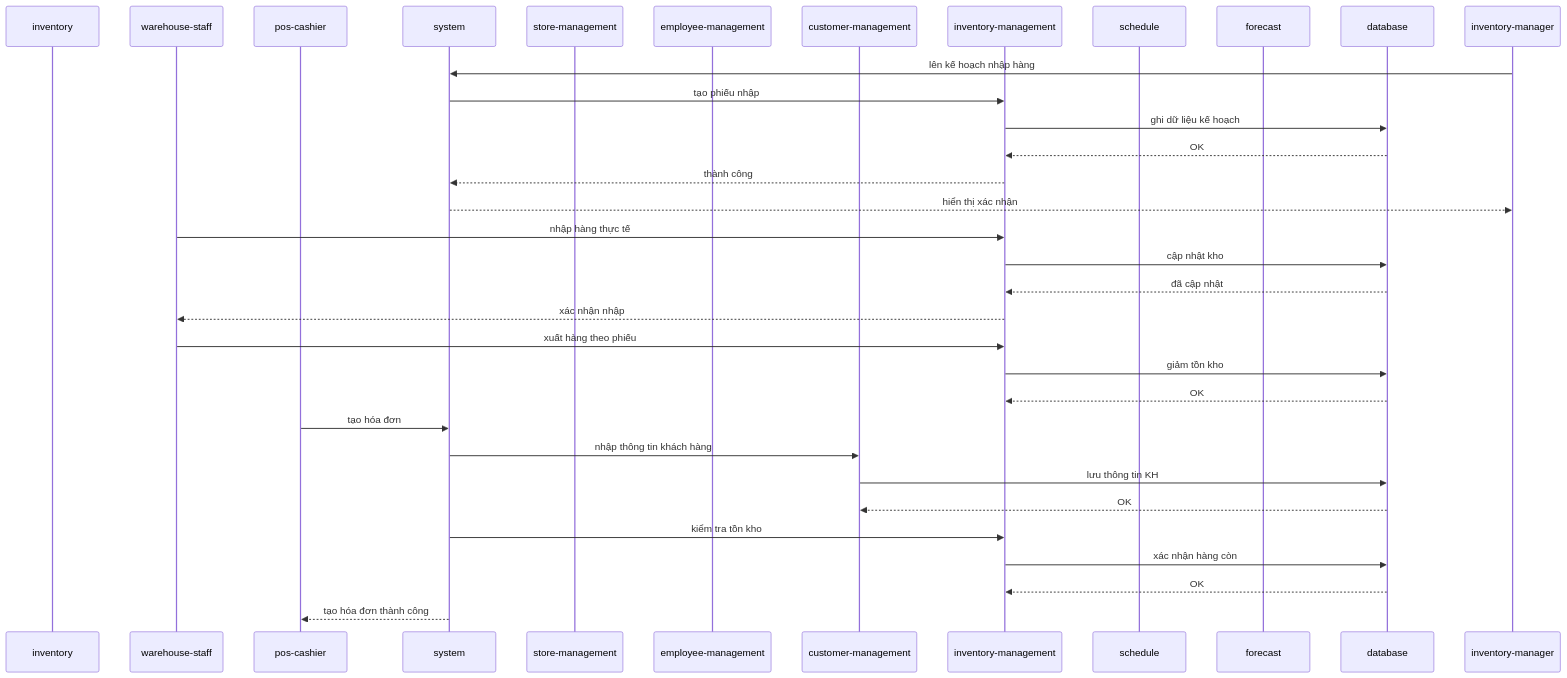
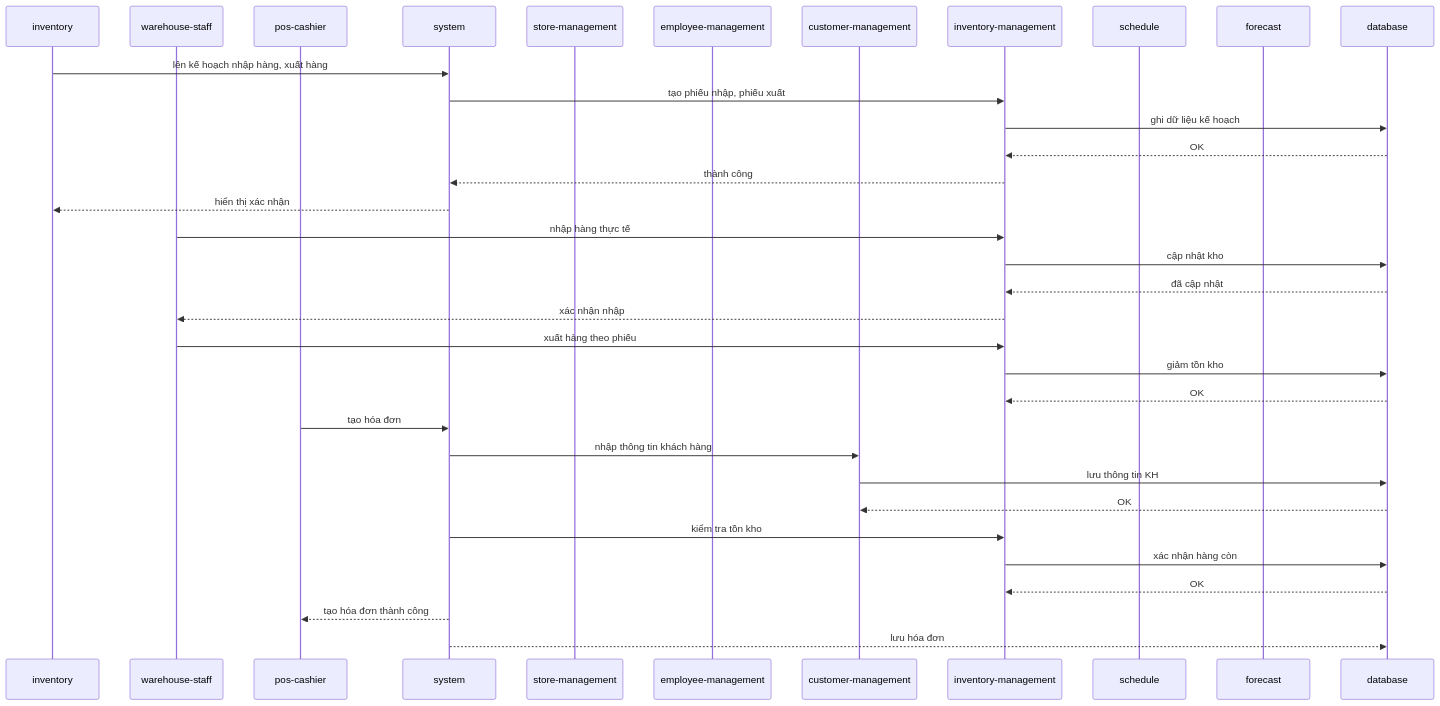
The ninth of 14 diagrams in README.md (vutiendat2302/optima-product-winmart-system), drawn with Mermaid before and after one commit. The commit also changed other lines of this file and 2 other files, not shown here.

````diff
--- a/README.md
+++ b/README.md
@@ -460,46 +491,47 @@
 ``` mermaid
 sequenceDiagram 
     participant inventory
     participant warehouse-staff
     participant pos-cashier
 
     
     participant system
     participant store-management
     participant employee-management
     participant customer-management
     participant inventory-management
     participant schedule
     participant forecast
     participant database
 
-     %% inventory-manager tạo kế hoạch nhập hàng
-    inventory-manager->>system: lên kế hoạch nhập hàng
-    system->>inventory-management: tạo phiếu nhập
+     %% inventory-manager tạo kế hoạch nhập hàng, xuất hàng
+    inventory->>system: lên kế hoạch nhập hàng, xuất hàng
+    system->>inventory-management: tạo phiếu nhập, phiếu xuất
     inventory-management->>database: ghi dữ liệu kế hoạch
     database-->>inventory-management: OK
     inventory-management-->>system: thành công
-    system-->>inventory-manager: hiển thị xác nhận
+    system-->>inventory: hiển thị xác nhận
 
     %% warehouse-staff thực hiện nhập hàng
     warehouse-staff->>inventory-management: nhập hàng thực tế
     inventory-management->>database: cập nhật kho
     database-->>inventory-management: đã cập nhật
     inventory-management-->>warehouse-staff: xác nhận nhập
 
     %% warehouse-staff thực hiện xuất hàng
     warehouse-staff->>inventory-management: xuất hàng theo phiếu
     inventory-management->>database: giảm tồn kho
     database-->>inventory-management: OK
 
     %% pos-cashier tạo hóa đơn bán lẻ
     pos-cashier->>system: tạo hóa đơn
     system->>customer-management: nhập thông tin khách hàng
     customer-management->>database: lưu thông tin KH
     database-->>customer-management: OK
     system->>inventory-management: kiểm tra tồn kho
     inventory-management->>database: xác nhận hàng còn
     database-->>inventory-management: OK
     system-->>pos-cashier: tạo hóa đơn thành công
+    system-->>database: lưu hóa đơn
 
 ```
````
